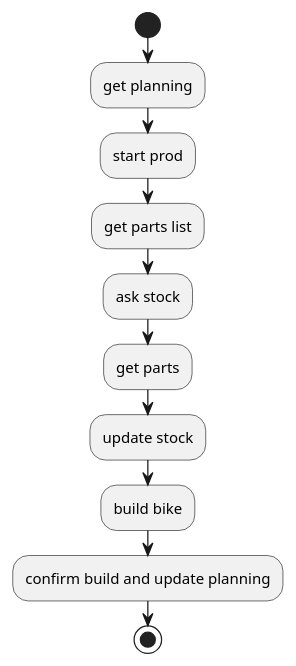
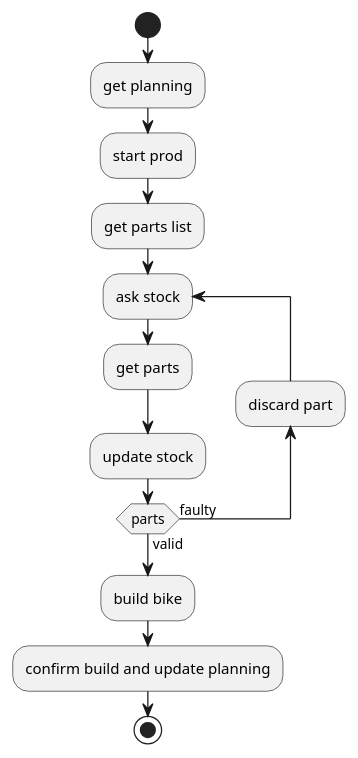
The diagram in diagrams/activity/production.plantuml (fred-corp/Bovelo_PG3L_ECAM), drawn with PlantUML before and after one commit.

Commit message:
PP-5 updated production activity diagram

```diff
--- a/diagrams/activity/production.plantuml
+++ b/diagrams/activity/production.plantuml
@@ -1,12 +1,14 @@
 @startuml Sale
 start
 :get planning;
 :start prod;
 :get parts list;
-:ask stock;
+repeat :ask stock;
 :get parts;
 :update stock;
+backward :discard part;
+repeat while (parts) is (faulty) not (valid)
 :build bike;
 :confirm build and update planning;
 stop
 @enduml
```
